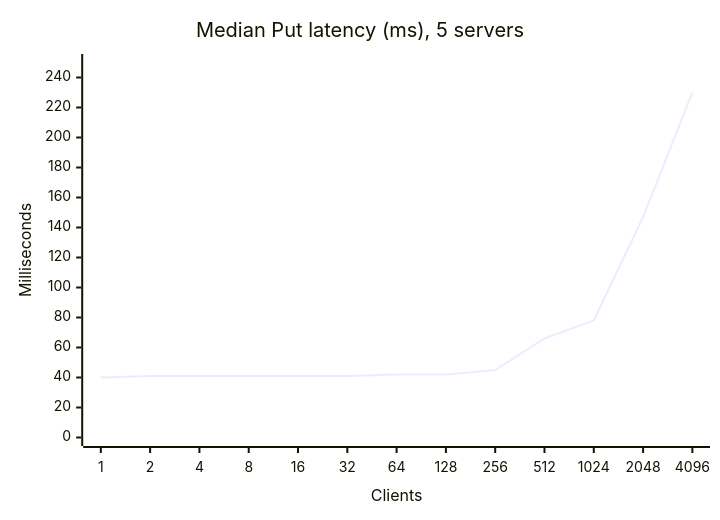
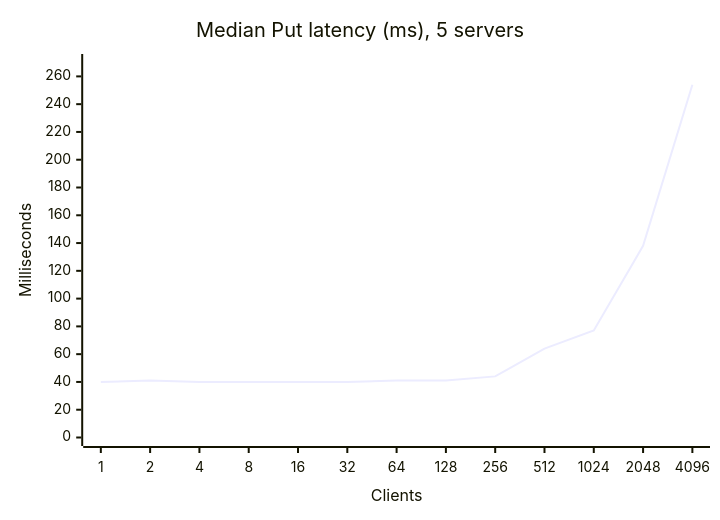
One commit to Xuan-Zheng05/raft-kv changed the third of 3 diagrams in README.md. Above: the diagram before and after it, drawn with Mermaid. The commit also changed other lines of this file, not shown here.

````diff
--- a/README.md
+++ b/README.md
@@ -262,7 +267,7 @@
 ```mermaid
 xychart-beta
     title "Median Put latency (ms), 5 servers"
     x-axis "Clients" [1, 2, 4, 8, 16, 32, 64, 128, 256, 512, 1024, 2048, 4096]
-    y-axis "Milliseconds" 0 --> 250
-    line [40, 41, 41, 41, 41, 41, 42, 42, 45, 66, 78, 147, 230]
+    y-axis "Milliseconds" 0 --> 270
+    line [40, 41, 40, 40, 40, 40, 41, 41, 44, 64, 77, 138, 254]
 ```
````
